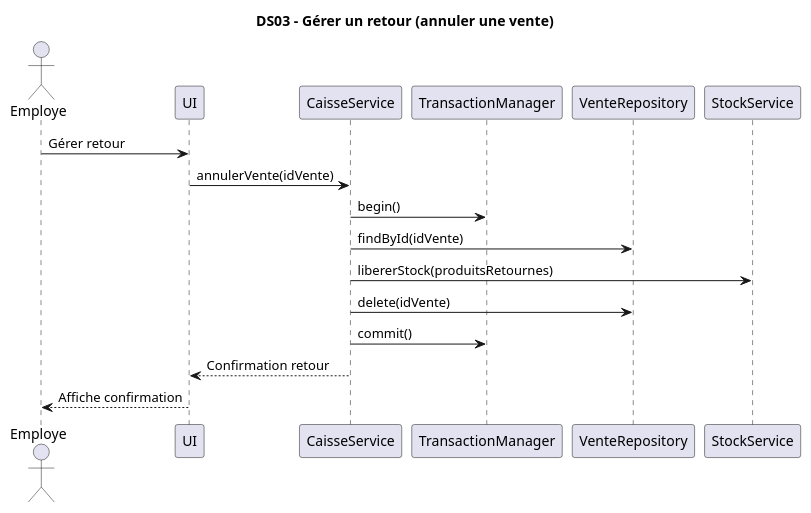
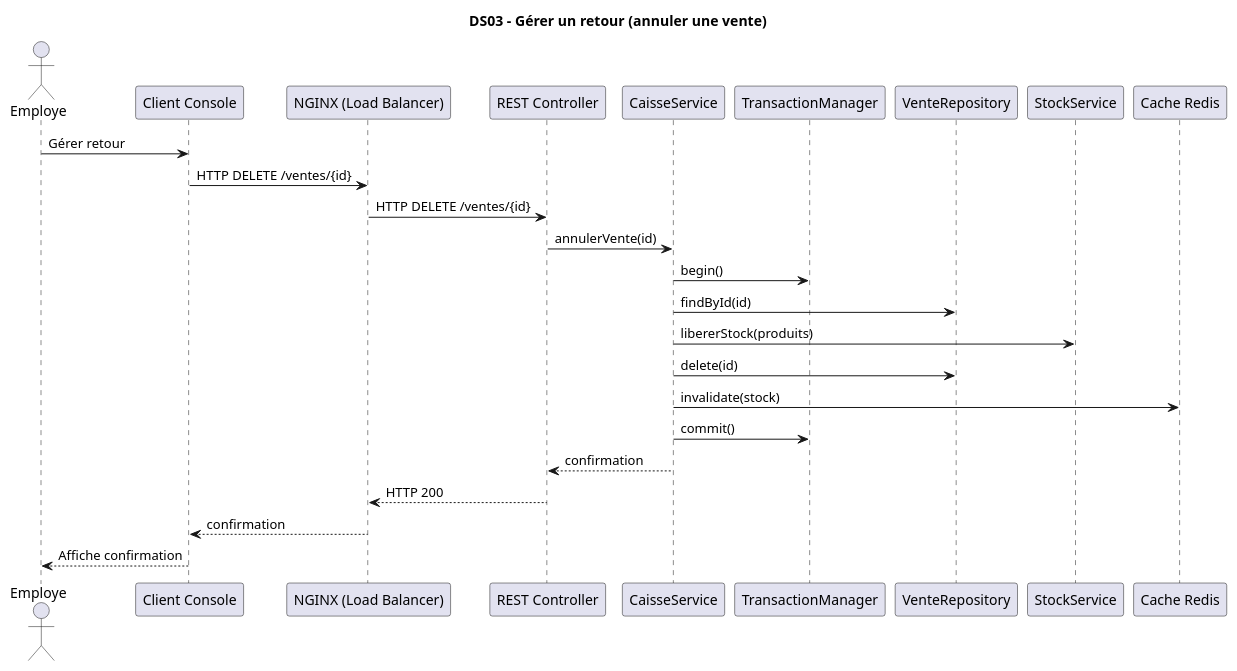
One commit to NathanGasseau/LOG430-01-Labo-04 changed the diagram in docs/UML/DiagrammesDeSequence/DS03-GererRetour.puml. Above: the diagram before and after it, drawn with PlantUML. The commit also changed 10 other files, not shown here.

```diff
--- a/docs/UML/DiagrammesDeSequence/DS03-GererRetour.puml
+++ b/docs/UML/DiagrammesDeSequence/DS03-GererRetour.puml
@@ -1,23 +1,28 @@
 @startuml
 title DS03 – Gérer un retour (annuler une vente)
 
 actor Employe
-participant UI
+participant "Client Console" as UI
+participant "NGINX (Load Balancer)" as NGINX
+participant "REST Controller" as Controller
 participant CaisseService
 participant TransactionManager
 participant VenteRepository
 participant StockService
+participant "Cache Redis" as Redis
 
 Employe -> UI : Gérer retour
-UI -> CaisseService : annulerVente(idVente)
-
+UI -> NGINX : HTTP DELETE /ventes/{id}
+NGINX -> Controller : HTTP DELETE /ventes/{id}
+Controller -> CaisseService : annulerVente(id)
 CaisseService -> TransactionManager : begin()
-CaisseService -> VenteRepository : findById(idVente)
-CaisseService -> StockService : libererStock(produitsRetournes)
-CaisseService -> VenteRepository : delete(idVente)
+CaisseService -> VenteRepository : findById(id)
+CaisseService -> StockService : libererStock(produits)
+CaisseService -> VenteRepository : delete(id)
+CaisseService -> Redis : invalidate(stock)
 CaisseService -> TransactionManager : commit()
-
-CaisseService --> UI : Confirmation retour
+CaisseService --> Controller : confirmation
+Controller --> NGINX : HTTP 200
+NGINX --> UI : confirmation
 UI --> Employe : Affiche confirmation
-
 @enduml
```
